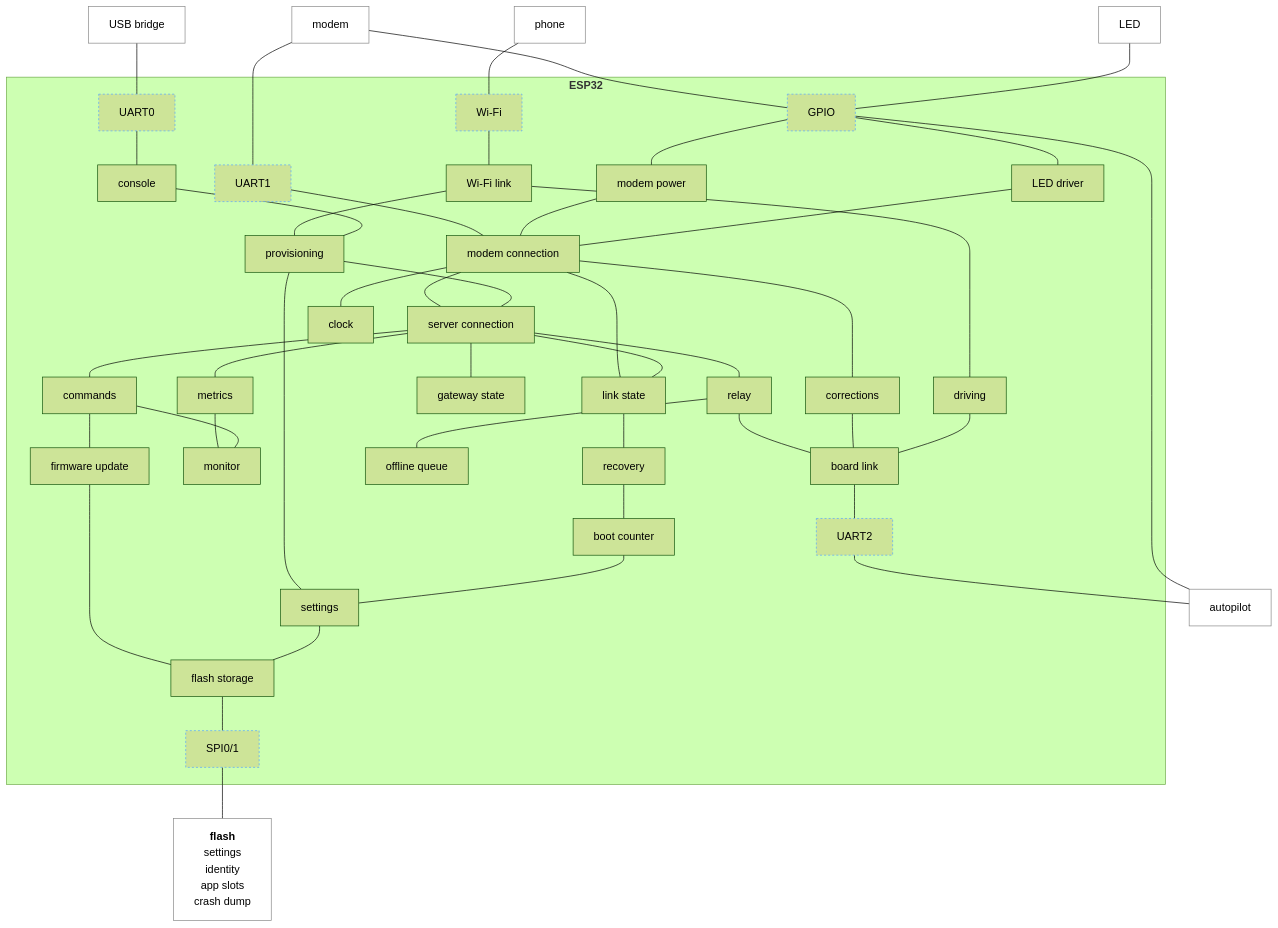
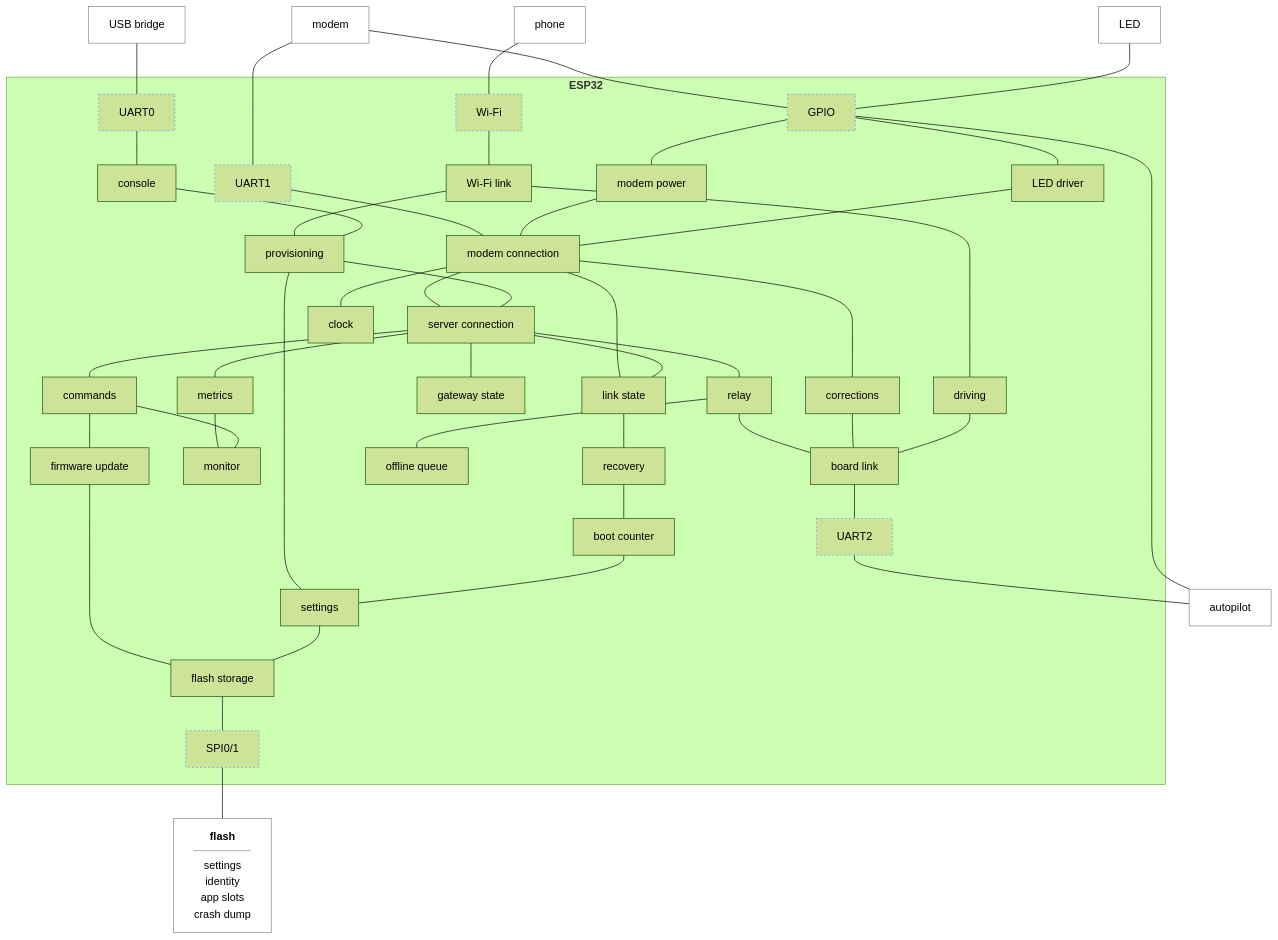
The diagram in .esp-architecture/diagrams/block-draft.md (rmx-lt/rmx-mower-gateway), drawn with Mermaid (forest theme) before and after one commit.

Commit message:
Draft: separator in the flash box

````diff
--- a/.esp-architecture/diagrams/block-draft.md
+++ b/.esp-architecture/diagrams/block-draft.md
@@ -5,80 +5,80 @@
 ```mermaid
 flowchart TD
   modem["modem"]
   led["LED"]
   ph["phone"]
   usb["USB bridge"]
   subgraph cpu["<b>ESP32</b>"]
     u1["UART1"]
     gp["GPIO"]
     wf["Wi-Fi"]
     u0["UART0"]
     conn["modem connection"]
     pwr["modem power"]
     ledd["LED driver"]
     wl["Wi-Fi link"]
     con["console"]
     ntrip["corrections"]
     mqtt["server connection"]
     drive["driving"]
     prov["provisioning"]
     cmd["commands"]
     upd["firmware update"]
     state["gateway state"]
     met["metrics"]
     mon["monitor"]
     ls["link state"]
     clk["clock"]
     rec["recovery"]
     boot["boot counter"]
     relay["relay"]
     q["offline queue"]
     bl["board link"]
     set["settings"]
     fs["flash storage"]
     u2["UART2"]
     sp["SPI0/1"]
   end
   ap["autopilot"]
-  fl["<b>flash</b><br/>settings<br/>identity<br/>app slots<br/>crash dump"]
+  fl["<b>flash</b><hr/>settings<br/>identity<br/>app slots<br/>crash dump"]
   modem --- u1 --- conn
   modem --- gp
   led --- gp
   gp --- pwr --- conn
   gp --- ledd --- conn
   ph --- wf --- wl
   usb --- u0 --- con
   wl --- drive
   wl --- prov
   con --- prov
   conn --- mqtt
   conn --- ntrip
   conn --- clk
   conn --- ls
   mqtt --- ls
   mqtt --- cmd
   mqtt --- state
   mqtt --- met
   mqtt --- relay
   met --- mon
   cmd --- mon
   cmd --- upd
   prov --- mqtt
   prov --- set
   ls --- rec
   rec --- boot
   boot --- set
   relay --- q
   relay --- bl
   ntrip --- bl
   drive --- bl
   upd --- fs
   set --- fs
   fs --- sp --- fl
   bl --- u2 --- ap
   gp --- ap
   classDef bus stroke:#58a6ff,stroke-dasharray:3 3
   class u1,gp,u2,wf,u0,sp bus
   classDef device fill:none,stroke:#888
   class modem,led,ap,ph,usb,fl device
 ```
````
